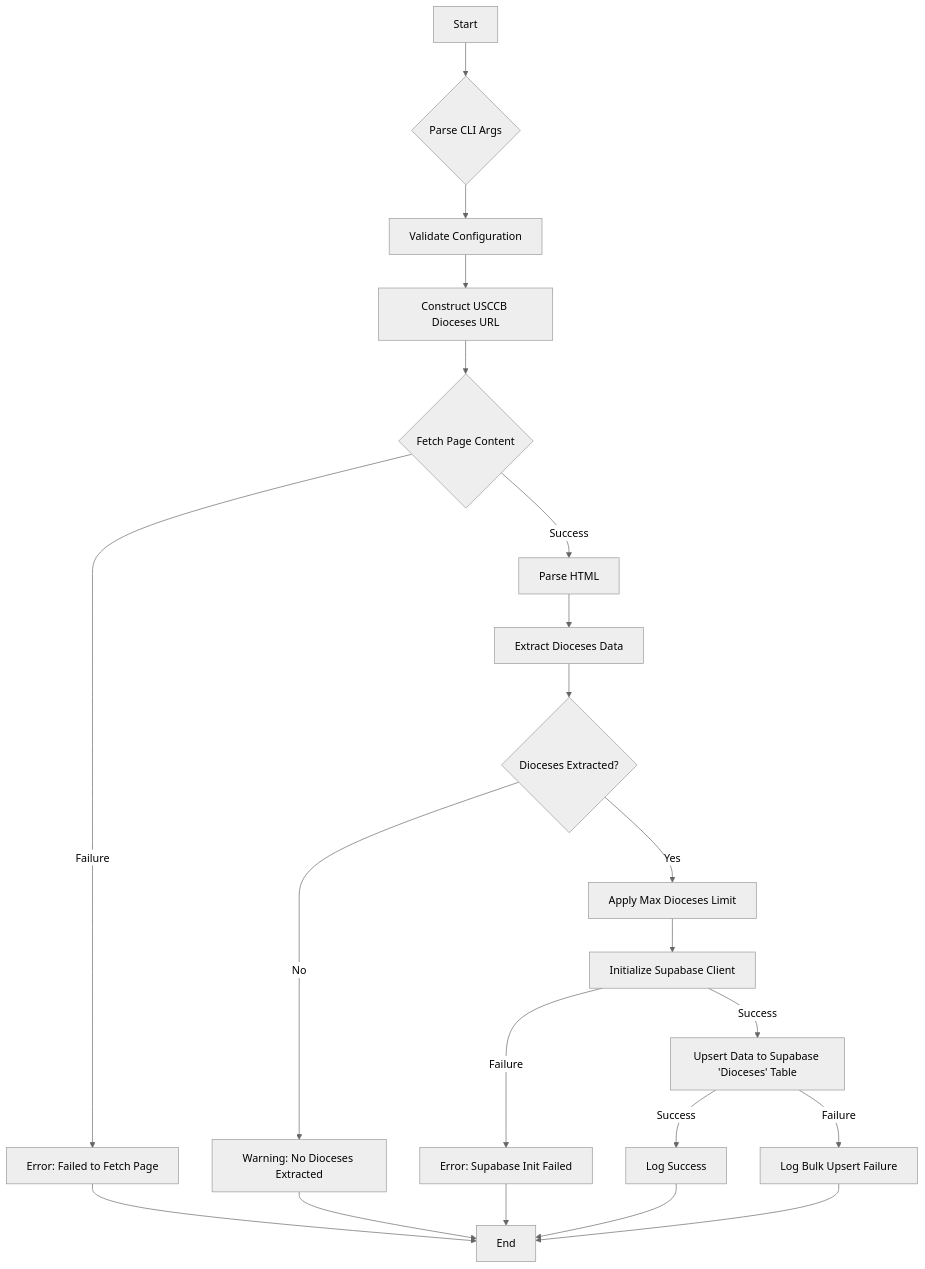
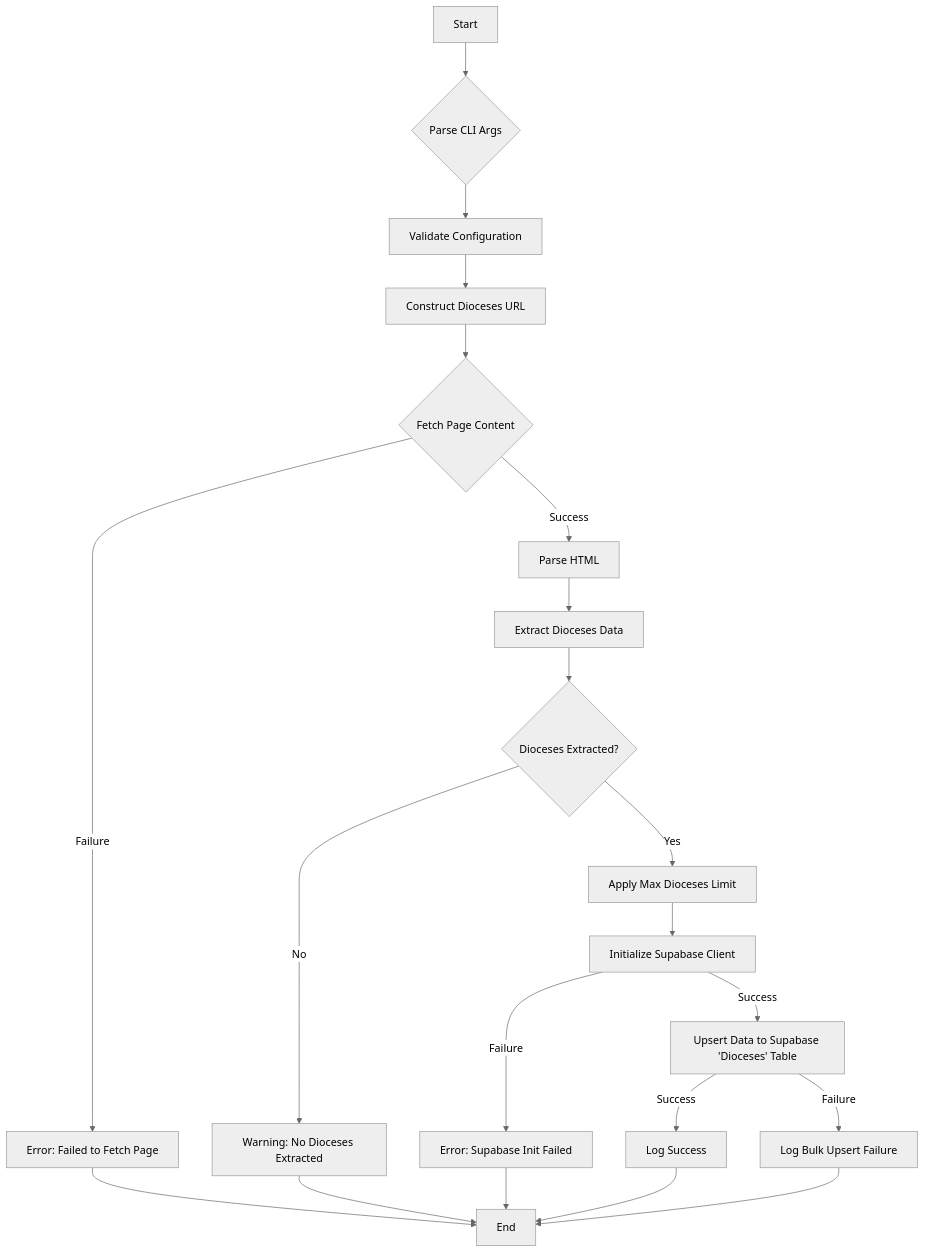
Before and after one commit to tomknightatl/diocesan-vitality: the diagram in extract_dioceses_README.md, drawn with Mermaid (neutral theme). The commit also changed other lines of this file and 11 other files, not shown here.

````diff
--- a/extract_dioceses_README.md
+++ b/extract_dioceses_README.md
@@ -7,27 +7,27 @@
 ```mermaid
 graph TD
     A[Start] --> B{Parse CLI Args};
     B --> C[Validate Configuration];
-    C --> D[Construct USCCB Dioceses URL];
+    C --> D[Construct Dioceses URL];
     D --> E{Fetch Page Content};
     E -- Success --> F[Parse HTML];
     E -- Failure --> G[Error: Failed to Fetch Page];
 
     F --> H[Extract Dioceses Data];
     H --> I{Dioceses Extracted?};
     I -- Yes --> J[Apply Max Dioceses Limit];
     I -- No --> K[Warning: No Dioceses Extracted];
 
     J --> L[Initialize Supabase Client];
     L -- Success --> M[Upsert Data to Supabase 'Dioceses' Table];
     L -- Failure --> N[Error: Supabase Init Failed];
 
     M -- Success --> O[Log Success];
     M -- Failure --> P[Log Bulk Upsert Failure];
 
     G --> Q[End];
     K --> Q;
     N --> Q;
     O --> Q;
     P --> Q;
 ```
````
